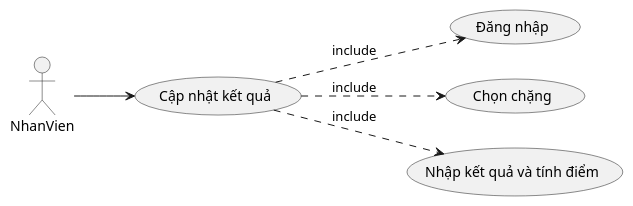
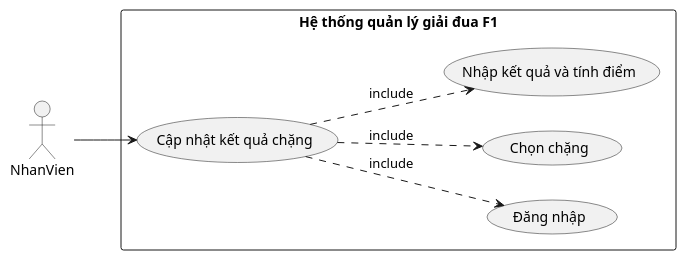
One commit to 7gho/CNPM-He2026 changed the first of 5 diagrams in Module 3 - Kiet/noi-dung.md. Above: the diagram before and after it, drawn with PlantUML. The commit also changed other lines of this file, not shown here.

````diff
--- a/Module 3 - Kiet/noi-dung.md
+++ b/Module 3 - Kiet/noi-dung.md
@@ -30,14 +29,18 @@
 ```plantuml
 @startuml
 left to right direction
 actor NhanVien
-usecase "Cập nhật kết quả" as UC
-usecase "Đăng nhập" as DN
-usecase "Chọn chặng" as CC
-usecase "Nhập kết quả và tính điểm" as NK
+
+rectangle "Hệ thống quản lý giải đua F1" {
+  usecase "Cập nhật kết quả chặng" as UC
+  usecase "Đăng nhập" as DN
+  usecase "Chọn chặng" as CC
+  usecase "Nhập kết quả và tính điểm" as NK
+}
+
 NhanVien --> UC
 UC ..> DN : include
 UC ..> CC : include
 UC ..> NK : include
 @enduml
 ```
````
